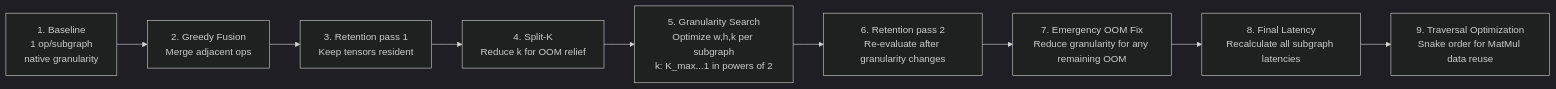
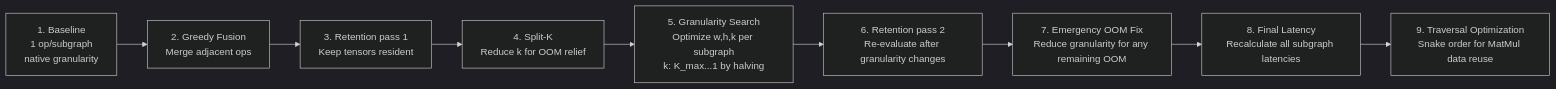
Before and after one commit to melroyanthony/MLSys: the fourth of 4 diagrams in solution/docs/architecture/data-flow.md, drawn with Mermaid (dark theme). The commit also changed other lines of this file and 4 other files, not shown here.

````diff
--- a/solution/docs/architecture/data-flow.md
+++ b/solution/docs/architecture/data-flow.md
@@ -132,14 +132,14 @@
 ```mermaid
 flowchart LR
     S1[1. Baseline<br>1 op/subgraph<br>native granularity]
     S2[2. Greedy Fusion<br>Merge adjacent ops]
     S3[3. Retention pass 1<br>Keep tensors resident]
     S4[4. Split-K<br>Reduce k for OOM relief]
-    S5[5. Granularity Search<br>Optimize w,h,k per subgraph<br>k: K_max...1 in powers of 2]
+    S5[5. Granularity Search<br>Optimize w,h,k per subgraph<br>k: K_max...1 by halving]
     S6[6. Retention pass 2<br>Re-evaluate after granularity changes]
     S7[7. Emergency OOM Fix<br>Reduce granularity for any remaining OOM]
     S8[8. Final Latency<br>Recalculate all subgraph latencies]
     S9[9. Traversal Optimization<br>Snake order for MatMul data reuse]
 
     S1 --> S2 --> S3 --> S4 --> S5 --> S6 --> S7 --> S8 --> S9
 ```
````
